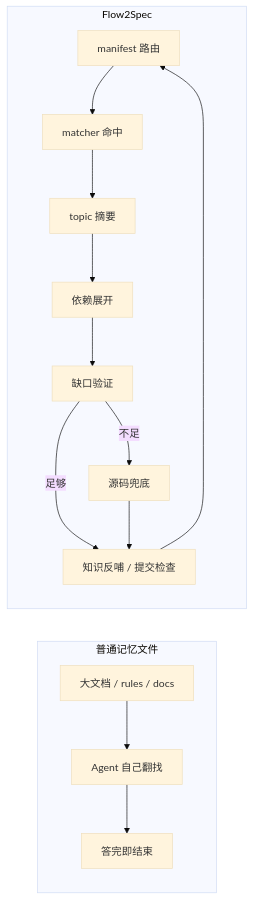
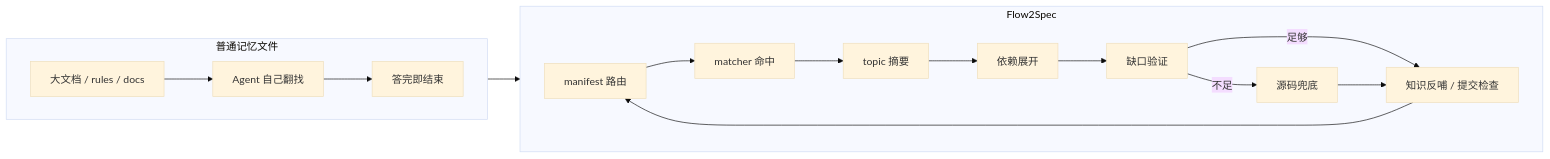
Before and after one commit to Lands-1203/Flow2Spec: the third of 3 diagrams in docs/Flow2Spec基础介绍.md, drawn with Mermaid (base theme).

Commit message:
更新图

````diff
--- a/docs/Flow2Spec基础介绍.md
+++ b/docs/Flow2Spec基础介绍.md
@@ -454,23 +454,27 @@
 ```mermaid
 flowchart LR
   subgraph L[普通记忆文件]
+    direction LR
     L1[大文档 / rules / docs]
     L2[Agent 自己翻找]
     L3[答完即结束]
     L1 --> L2 --> L3
   end
 
   subgraph R[Flow2Spec]
+    direction LR
     R1[manifest 路由]
     R2[matcher 命中]
     R3[topic 摘要]
     R4[依赖展开]
     R5[缺口验证]
     R6[源码兜底]
     R7[知识反哺 / 提交检查]
     R1 --> R2 --> R3 --> R4 --> R5
     R5 -->|足够| R7
     R5 -->|不足| R6 --> R7
     R7 --> R1
   end
+
+  L --> R
 ```
````
